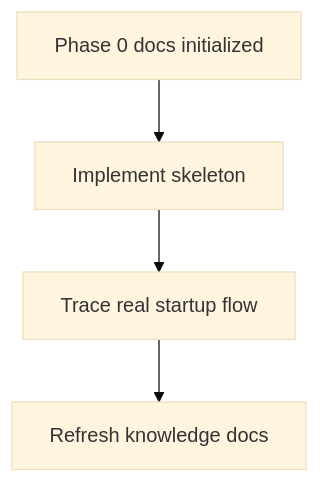
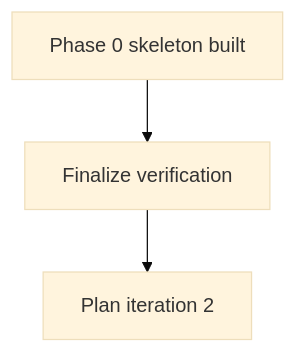
One commit to deweyou/weave changed the diagram in docs/.todo.md. Above: the diagram before and after it, drawn with Mermaid (base theme). The commit also changed other lines of this file and 4 other files, not shown here.

Commit message:
docs: refresh knowledge base after phase 0 implementation

````diff
--- a/docs/.todo.md
+++ b/docs/.todo.md
@@ -3,6 +3,5 @@
 ```mermaid
 flowchart TD
-    A["Phase 0 docs initialized"] --> B["Implement skeleton"]
-    B --> C["Trace real startup flow"]
-    C --> D["Refresh knowledge docs"]
+    A["Phase 0 skeleton built"] --> B["Finalize verification"]
+    B --> C["Plan iteration 2"]
 ```
````
